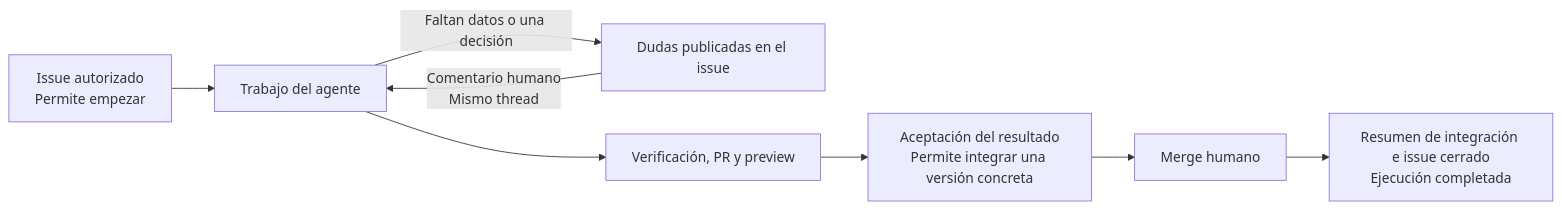
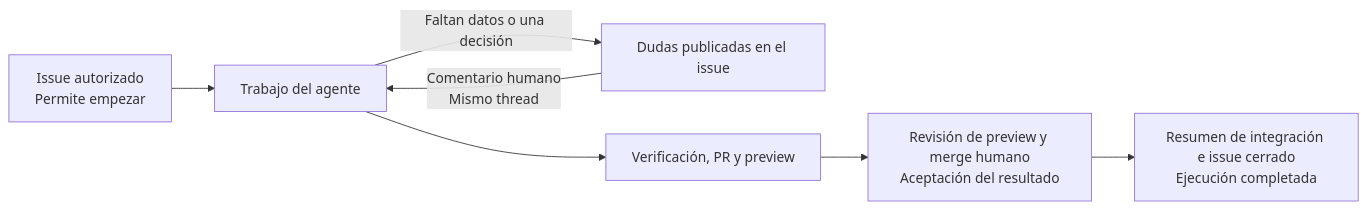
One commit to rubenbp/app-foundry changed the diagram in docs/manual/README.md. Above: the diagram before and after it, drawn with Mermaid. The commit also changed other lines of this file and 33 other files, not shown here.

````diff
--- a/docs/manual/README.md
+++ b/docs/manual/README.md
@@ -26,10 +26,9 @@
 ```mermaid
 flowchart LR
     A["Issue autorizado<br/>Permite empezar"] --> B["Trabajo del agente"]
     B -->|"Faltan datos o una decisión"| Q["Dudas publicadas en el issue"]
     Q -->|"Comentario humano<br/>Mismo thread"| B
     B --> V["Verificación, PR y preview"]
-    V --> C["Aceptación del resultado<br/>Permite integrar una versión concreta"]
-    C --> D["Merge humano"]
+    V --> D["Revisión de preview y merge humano<br/>Aceptación del resultado"]
     D --> E["Resumen de integración e issue cerrado<br/>Ejecución completada"]
 ```
````
